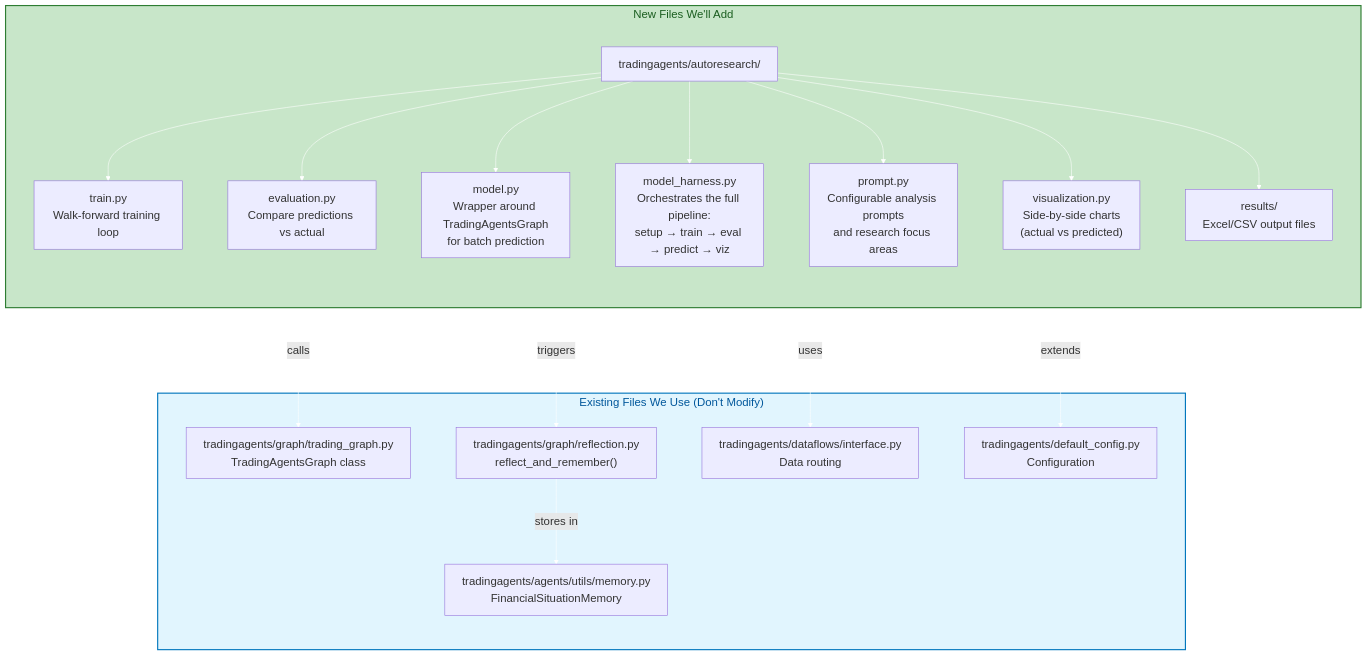
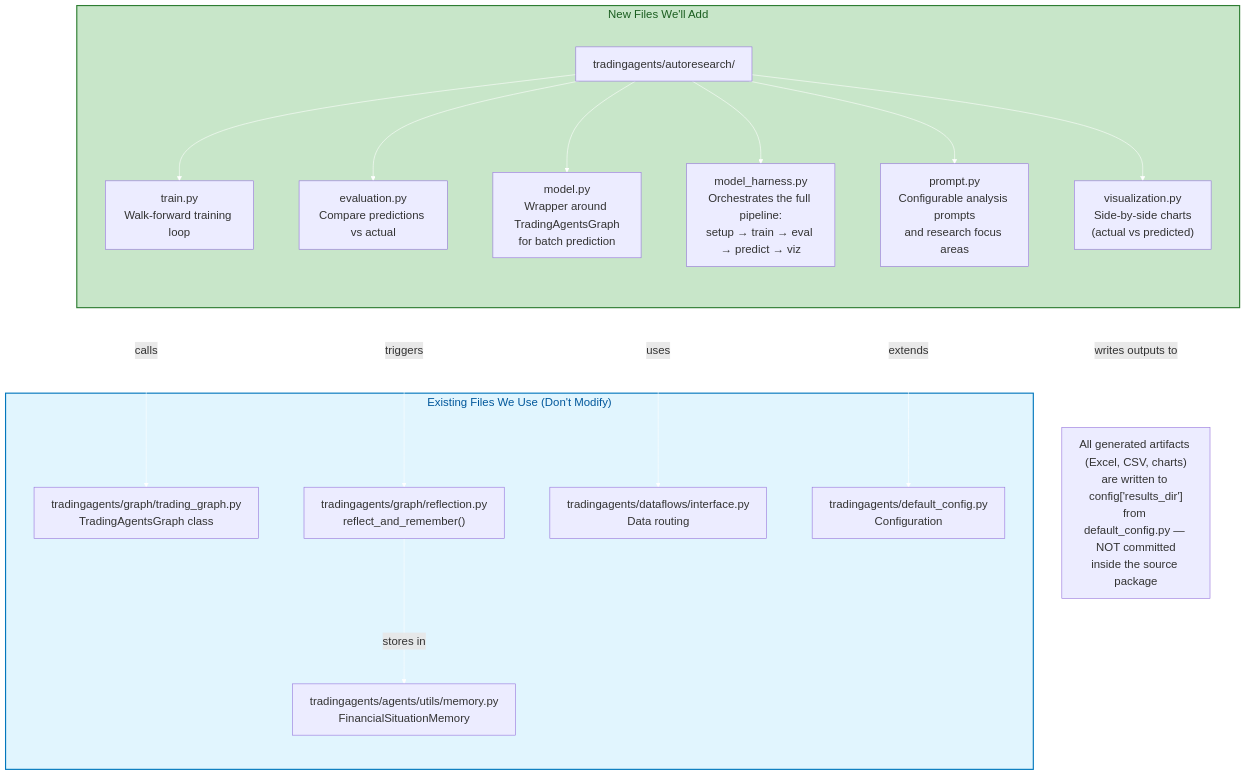
Before and after one commit to TauricResearch/TradingAgents: the fourth of 12 diagrams in docs/proposals/RFC_AUTORESEARCH_INTRADAY.md, drawn with Mermaid. The commit also changed other lines of this file and 1 other file, not shown here.

````diff
--- a/docs/proposals/RFC_AUTORESEARCH_INTRADAY.md
+++ b/docs/proposals/RFC_AUTORESEARCH_INTRADAY.md
@@ -205,44 +205,46 @@
 ```mermaid
 %%{init: {
   'themeVariables': { 
     'fontSize': '20px',
     'fontFamily': 'Arial',
     'lineColor': '#ffffff'
   },
   'flowchart': { 
     'nodeSpacing': 80, 
     'rankSpacing': 120 
   }
 }}%%
 flowchart TD
 
     subgraph NEW_FILES["New Files We'll Add"]
         direction TB
         PR["tradingagents/autoresearch/"]
         PR --> TRAIN_PY["train.py<br/>Walk-forward training loop"]
         PR --> EVAL_PY["evaluation.py<br/>Compare predictions vs actual"]
         PR --> MODEL_PY["model.py<br/>Wrapper around TradingAgentsGraph<br/>for batch prediction"]
         PR --> HARNESS["model_harness.py<br/>Orchestrates the full pipeline:<br/>setup → train → eval → predict → viz"]
         PR --> PROMPT_PY["prompt.py<br/>Configurable analysis prompts<br/>and research focus areas"]
         PR --> VIZ_PY["visualization.py<br/>Side-by-side charts<br/>(actual vs predicted)"]
-        PR --> RESULTS["results/<br/>Excel/CSV output files"]
     end
+
+    OUTPUTS_NOTE["All generated artifacts (Excel, CSV, charts)<br/>are written to config['results_dir']<br/>from default_config.py — NOT committed<br/>inside the source package"]
+    HARNESS -.->|"writes outputs to"| OUTPUTS_NOTE
 
     subgraph EXISTING_USED["Existing Files We Use (Don't Modify)"]
         EX1["tradingagents/graph/trading_graph.py<br/>TradingAgentsGraph class"]
         EX2["tradingagents/graph/reflection.py<br/>reflect_and_remember()"]
         EX3["tradingagents/agents/utils/memory.py<br/>FinancialSituationMemory"]
         EX4["tradingagents/dataflows/interface.py<br/>Data routing"]
         EX5["tradingagents/default_config.py<br/>Configuration"]
     end
 
     HARNESS -->|"calls"| EX1
     EVAL_PY -->|"triggers"| EX2
     EX2 -->|"stores in"| EX3
     MODEL_PY -->|"uses"| EX4
     HARNESS -->|"extends"| EX5
 
     %% FIXED styles (contrast + borders)
     style NEW_FILES fill:#c8e6c9,stroke:#2e7d32,stroke-width:2px,color:#1b5e20
     style EXISTING_USED fill:#e1f5fe,stroke:#0277bd,stroke-width:2px,color:#01579b
 ```
````
